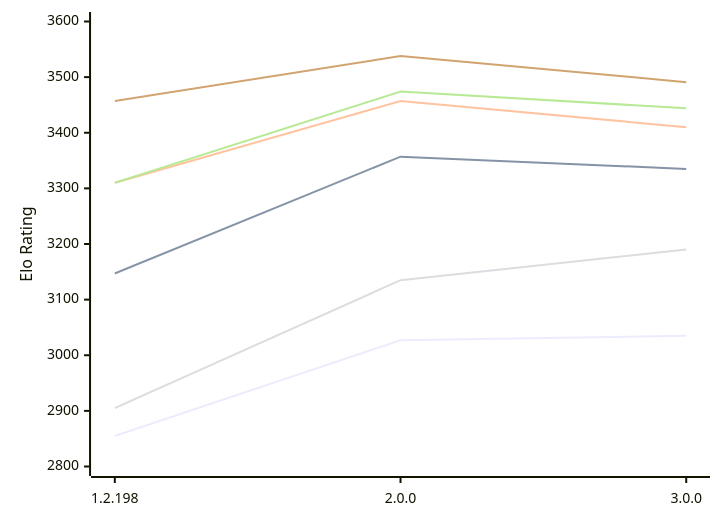
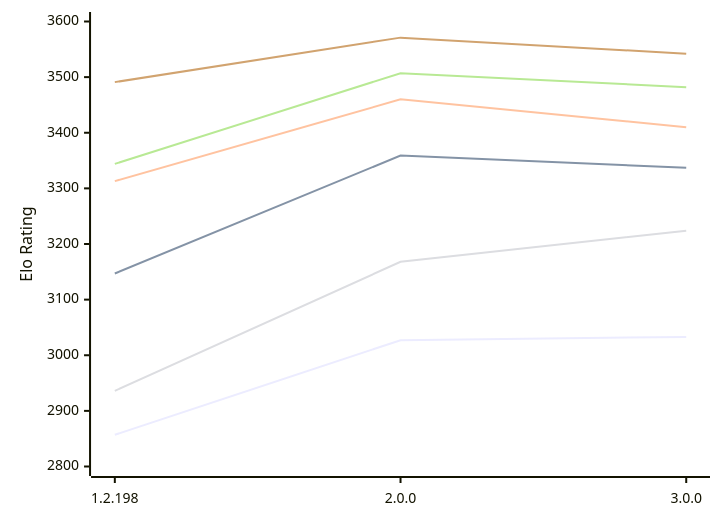
The diagram in engines/Zenith.md (computer-chess-index/cci), drawn with Mermaid before and after one commit. The commit also changed other lines of this file, not shown here.

Commit message:
Update CCI Ratings (ELO VLTC) - 2026-11-05

````diff
--- a/engines/Zenith.md
+++ b/engines/Zenith.md
@@ -51,12 +51,12 @@
 ```mermaid
 %%{init: {"theme":"base","themeVariables":{"seriesColors:['#a3a3a3','#222221','#faa371']}}}%%
 xychart-beta
   x-axis ["1.2.198", "2.0.0", "3.0.0"]
   y-axis "Elo Rating" 2800 --> 3600
-  line "E1: STC (8.0+0.08s)" [2855, 3027, 3035]
-  line "E1: LTC (60.0+0.60s)" [3147, 3357, 3335]
-  line "E1: VLTC (2m24s+1.12s)" [3310, 3457, 3410]
-  line "P1: STC (8.0+0.08s)" [2905, 3135, 3190]
-  line "P1: LTC (60.0+0.60s)" [3310, 3474, 3444]
-  line "P1: VLTC (2m24s+1.12s)" [3457, 3538, 3491]
+  line "E1: STC (8.0+0.08s)" [2857, 3027, 3033]
+  line "E1: LTC (60.0+0.60s)" [3147, 3359, 3337]
+  line "E1: VLTC (2m24s+1.12s)" [3313, 3460, 3410]
+  line "P1: STC (8.0+0.08s)" [2936, 3168, 3224]
+  line "P1: LTC (60.0+0.60s)" [3344, 3507, 3482]
+  line "P1: VLTC (2m24s+1.12s)" [3491, 3571, 3542]
 ```
````
